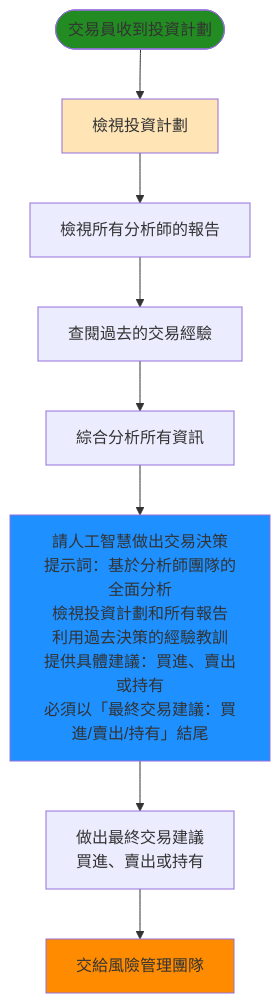
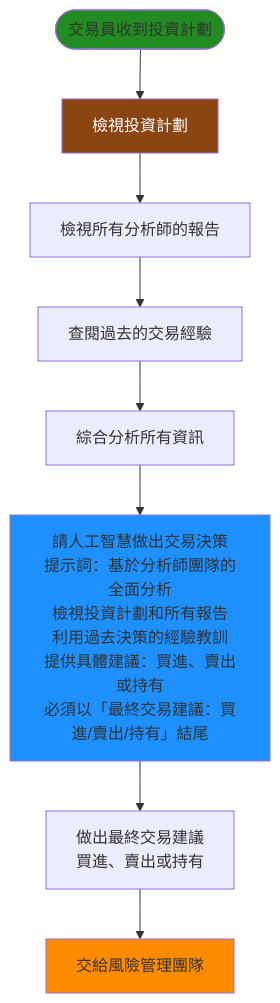
Before and after one commit to chitienshih-wq/Git_Test: the seventh of 9 diagrams in 流程圖_簡化.md, drawn with Mermaid. The commit also changed other lines of this file, not shown here.

````diff
--- a/流程圖_簡化.md
+++ b/流程圖_簡化.md
@@ -192,15 +192,15 @@
 ```mermaid
 flowchart TD
     Start([交易員收到投資計劃]) --> ReviewPlan[檢視投資計劃]
     ReviewPlan --> ReviewReports[檢視所有分析師的報告]
     ReviewReports --> CheckMemory[查閱過去的交易經驗]
     CheckMemory --> Analyze[綜合分析所有資訊]
     Analyze --> AskAI[請人工智慧做出交易決策<br/>提示詞：基於分析師團隊的全面分析<br/>檢視投資計劃和所有報告<br/>利用過去決策的經驗教訓<br/>提供具體建議：買進、賣出或持有<br/>必須以「最終交易建議：買進/賣出/持有」結尾]
     AskAI --> MakeDecision[做出最終交易建議<br/>買進、賣出或持有]
     MakeDecision --> RiskTeam[交給風險管理團隊]
     
     style Start fill:#228B22
     style AskAI fill:#1E90FF
     style RiskTeam fill:#FF8C00
-    style ReviewPlan fill:#FFE4B5
+    style ReviewPlan fill:#8B4513,color:#FFFFFF
 ```
````
